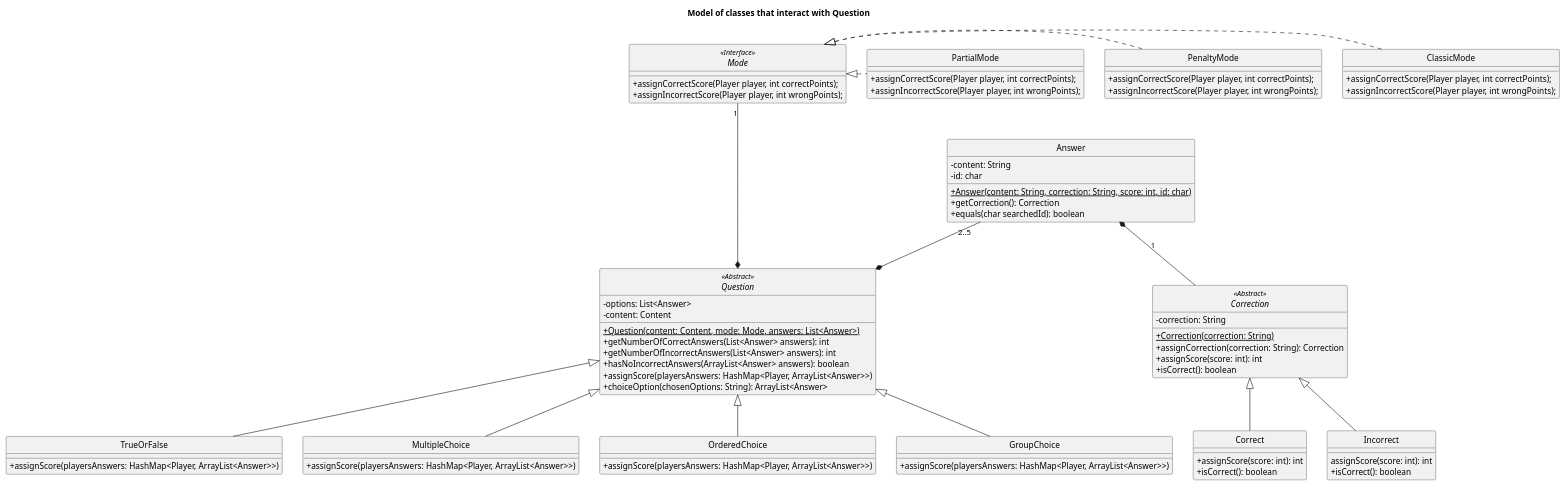
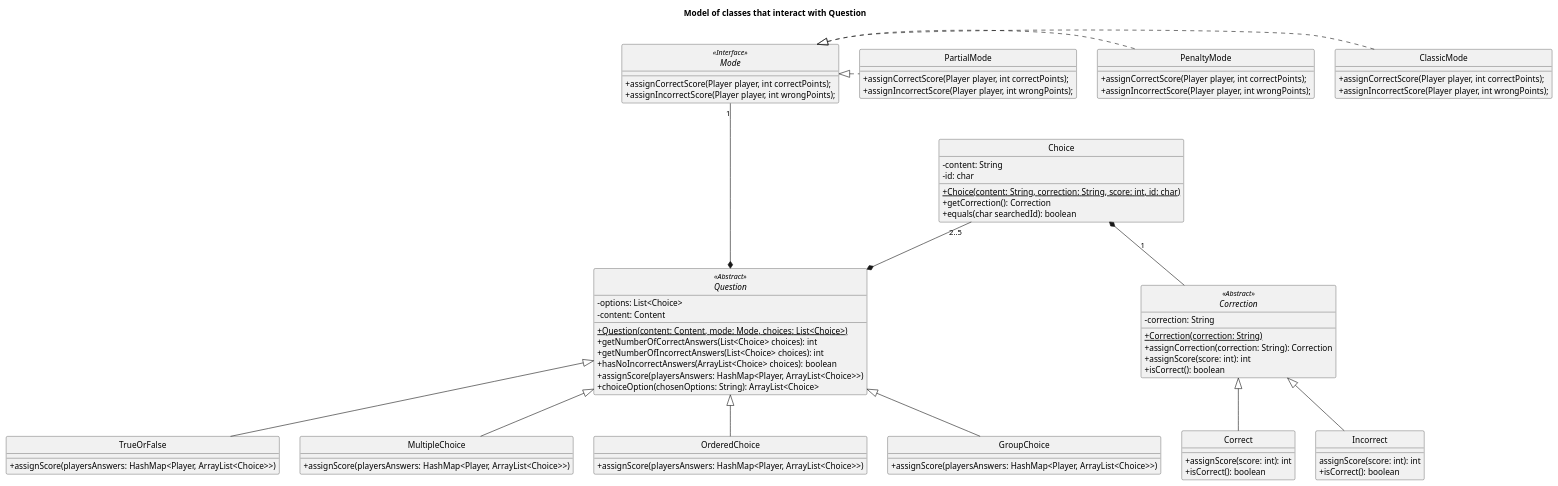
The diagram in UML files/ClassDiagramQuestionInteractionsModel.puml (agpelliciari/TP2-Algo-III), drawn with PlantUML before and after one commit. The commit also changed 27 other files, not shown here.

```diff
--- a/UML files/ClassDiagramQuestionInteractionsModel.puml
+++ b/UML files/ClassDiagramQuestionInteractionsModel.puml
@@ -1,102 +1,102 @@
 @startuml
 
 skinparam monochrome true
 hide circle
 skinparam classAttributeIconSize 0
 
 title: Model of classes that interact with Question
 
 abstract class Question{
--options: List<Answer>
+-options: List<Choice>
 -content: Content
-+{static}Question(content: Content, mode: Mode, answers: List<Answer>)
-+getNumberOfCorrectAnswers(List<Answer> answers): int
-+getNumberOfIncorrectAnswers(List<Answer> answers): int
-+hasNoIncorrectAnswers(ArrayList<Answer> answers): boolean
-+assignScore(playersAnswers: HashMap<Player, ArrayList<Answer>>)
-+choiceOption(chosenOptions: String): ArrayList<Answer>
++{static}Question(content: Content, mode: Mode, choices: List<Choice>)
++getNumberOfCorrectAnswers(List<Choice> choices): int
++getNumberOfIncorrectAnswers(List<Choice> choices): int
++hasNoIncorrectAnswers(ArrayList<Choice> choices): boolean
++assignScore(playersAnswers: HashMap<Player, ArrayList<Choice>>)
++choiceOption(chosenOptions: String): ArrayList<Choice>
 }
 
 class TrueOrFalse {
-+assignScore(playersAnswers: HashMap<Player, ArrayList<Answer>>)
++assignScore(playersAnswers: HashMap<Player, ArrayList<Choice>>)
 }
 
 class MultipleChoice {
-+assignScore(playersAnswers: HashMap<Player, ArrayList<Answer>>)
++assignScore(playersAnswers: HashMap<Player, ArrayList<Choice>>)
 }
 
 class OrderedChoice {
-+assignScore(playersAnswers: HashMap<Player, ArrayList<Answer>>)
++assignScore(playersAnswers: HashMap<Player, ArrayList<Choice>>)
 }
 
 class GroupChoice {
-+assignScore(playersAnswers: HashMap<Player, ArrayList<Answer>>)
++assignScore(playersAnswers: HashMap<Player, ArrayList<Choice>>)
 }
 
 interface Mode {
 +assignCorrectScore(Player player, int correctPoints);
 +assignIncorrectScore(Player player, int wrongPoints);
 }
 
 class PartialMode {
 +assignCorrectScore(Player player, int correctPoints);
 +assignIncorrectScore(Player player, int wrongPoints);
 }
 
 class PenaltyMode {
 +assignCorrectScore(Player player, int correctPoints);
 +assignIncorrectScore(Player player, int wrongPoints);
 }
 
 class ClassicMode {
 +assignCorrectScore(Player player, int correctPoints);
 +assignIncorrectScore(Player player, int wrongPoints);
 }
 
-class Answer{
+class Choice{
 -content: String
 -id: char
-+{static}Answer(content: String, correction: String, score: int, id: char)
++{static}Choice(content: String, correction: String, score: int, id: char)
 +getCorrection(): Correction
 +equals(char searchedId): boolean
 }
 
 abstract class Correction{
 -correction: String
 +{static}Correction(correction: String)
 +assignCorrection(correction: String): Correction
 +assignScore(score: int): int
 +isCorrect(): boolean
 }
 
 class Correct{
 +assignScore(score: int): int
 +isCorrect(): boolean
 }
 
 class Incorrect{
 assignScore(score: int): int
 +isCorrect(): boolean
 }
 
 Mode <<Interface>>
 Question <<Abstract>>
 Correction <<Abstract>>
 
 Question <|-- TrueOrFalse
 Question <|-- MultipleChoice
 Question <|-- OrderedChoice
 Question <|-- GroupChoice
 
 Mode "1" ---* Question
 Mode <|. ClassicMode
 Mode <|. PenaltyMode
 Mode <|. PartialMode
 
-Answer "2..5" --* Question
-Answer *-- Correction: "1"
+Choice "2..5" --* Question
+Choice *-- Correction: "1"
 
 Correction <|-- Correct
 Correction <|-- Incorrect
 
 @enduml
```
